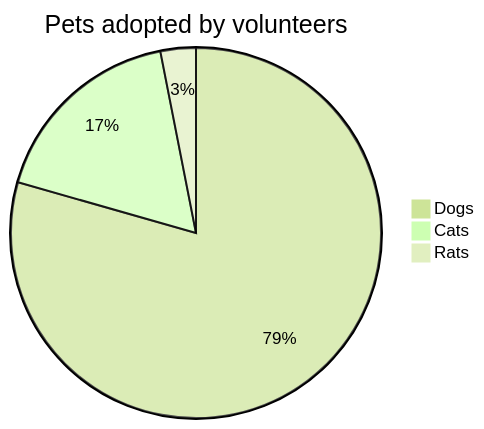
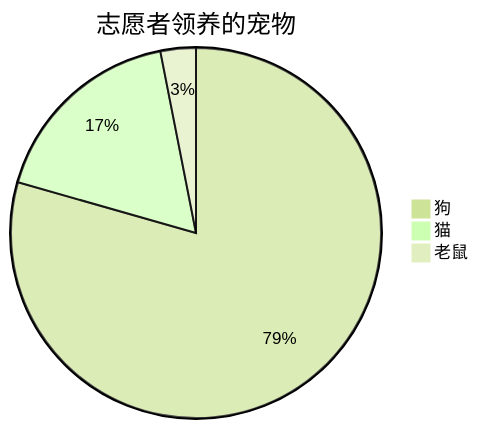
Before and after one commit to lx521603/ob: the eighth of 11 diagrams in src/content/posts/mermaid-diagrams.md, drawn with Mermaid (forest theme). The commit also changed other lines of this file, not shown here.

Commit message:
更新 mermaid-diagrams.md

````diff
--- a/src/content/posts/mermaid-diagrams.md
+++ b/src/content/posts/mermaid-diagrams.md
@@ -121,6 +125,6 @@
 ```mermaid
-pie title Pets adopted by volunteers
-    "Dogs" : 386
-    "Cats" : 85
-    "Rats" : 15
+pie title 志愿者领养的宠物
+    "狗" : 386
+    "猫" : 85
+    "老鼠" : 15
 ```
````
